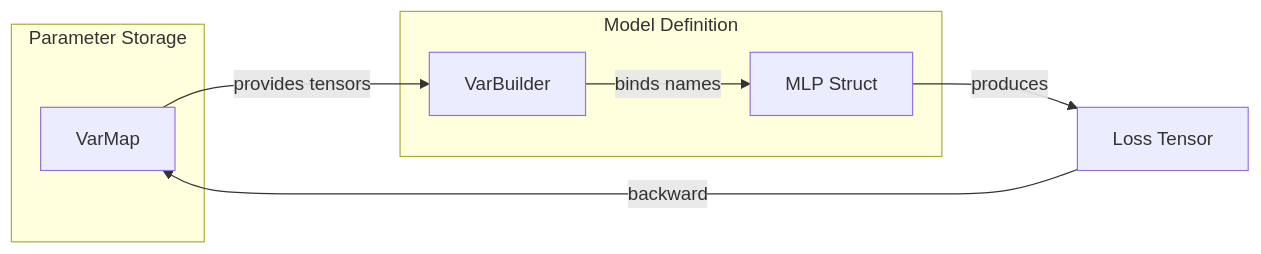
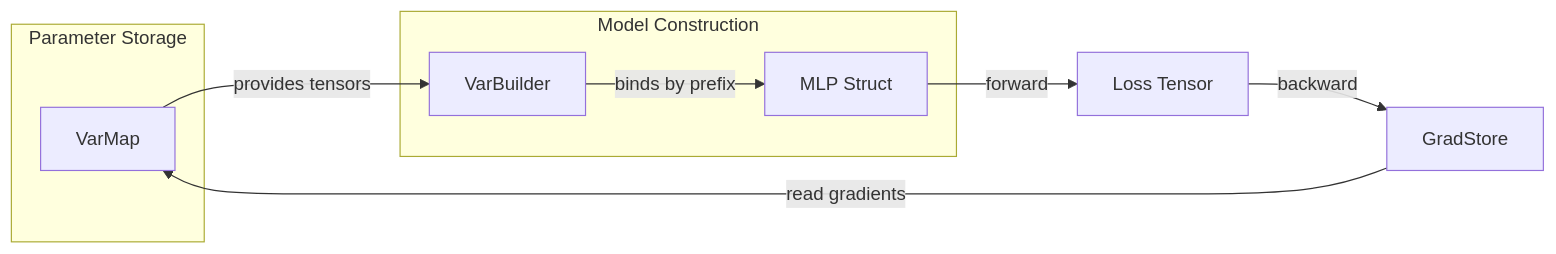
Before and after one commit to Leito2/Learning: the diagram in SW-ML-AI Engineering/14 - Rust Engineering/07 - Candle Advanced Patterns/01 - Custom Models and Autodiff.md, drawn with Mermaid. The commit also changed other lines of this file and 123 other files, not shown here.

````diff
--- a/SW-ML-AI Engineering/14 - Rust Engineering/07 - Candle Advanced Patterns/01 - Custom Models and Autodiff.md
+++ b/SW-ML-AI Engineering/14 - Rust Engineering/07 - Candle Advanced Patterns/01 - Custom Models and Autodiff.md
@@ -187,14 +194,15 @@
 ```mermaid
 graph LR
-    subgraph ParameterStorage["Parameter Storage"]
+    subgraph Storage["Parameter Storage"]
         VM[VarMap]
     end
-    subgraph ModelDefinition["Model Definition"]
+    subgraph Build["Model Construction"]
         VB[VarBuilder]
-        MM[MLP Struct]
+        M[MLP Struct]
     end
     VM -->|provides tensors| VB
-    VB -->|binds names| MM
-    MM -->|produces| Loss[Loss Tensor]
-    Loss -->|backward| VM
+    VB -->|binds by prefix| M
+    M -->|forward| L[Loss Tensor]
+    L -->|backward| G[GradStore]
+    G -->|read gradients| VM
 ```
````
